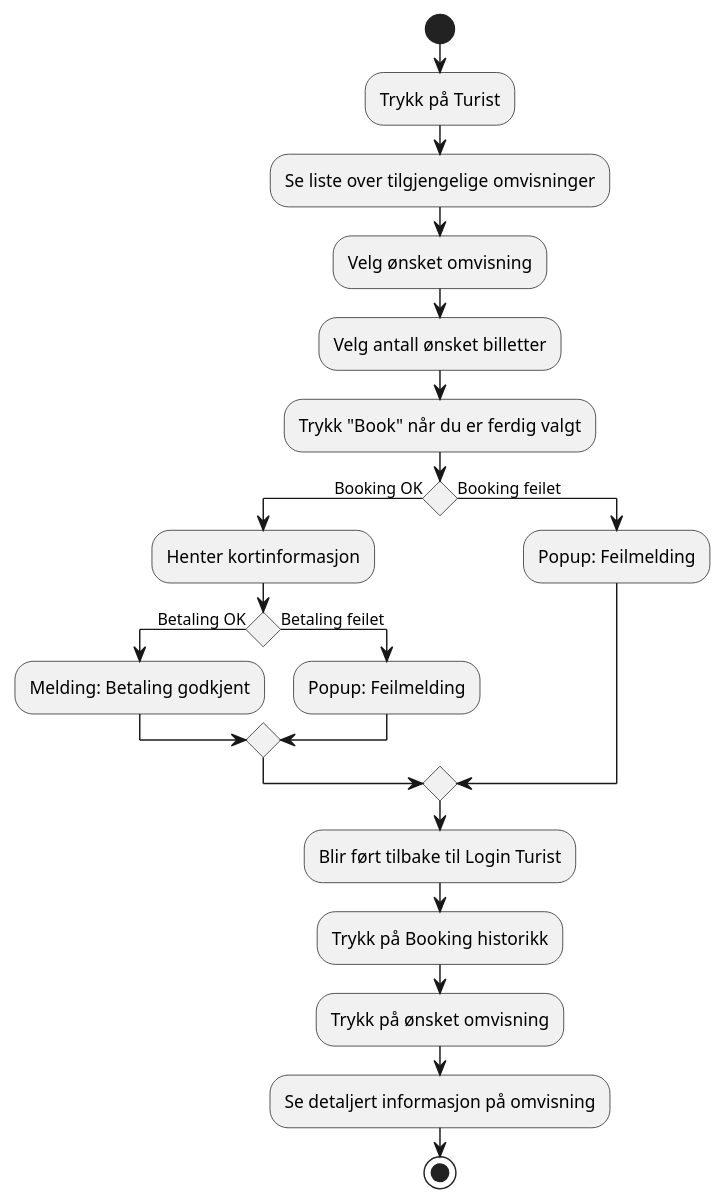
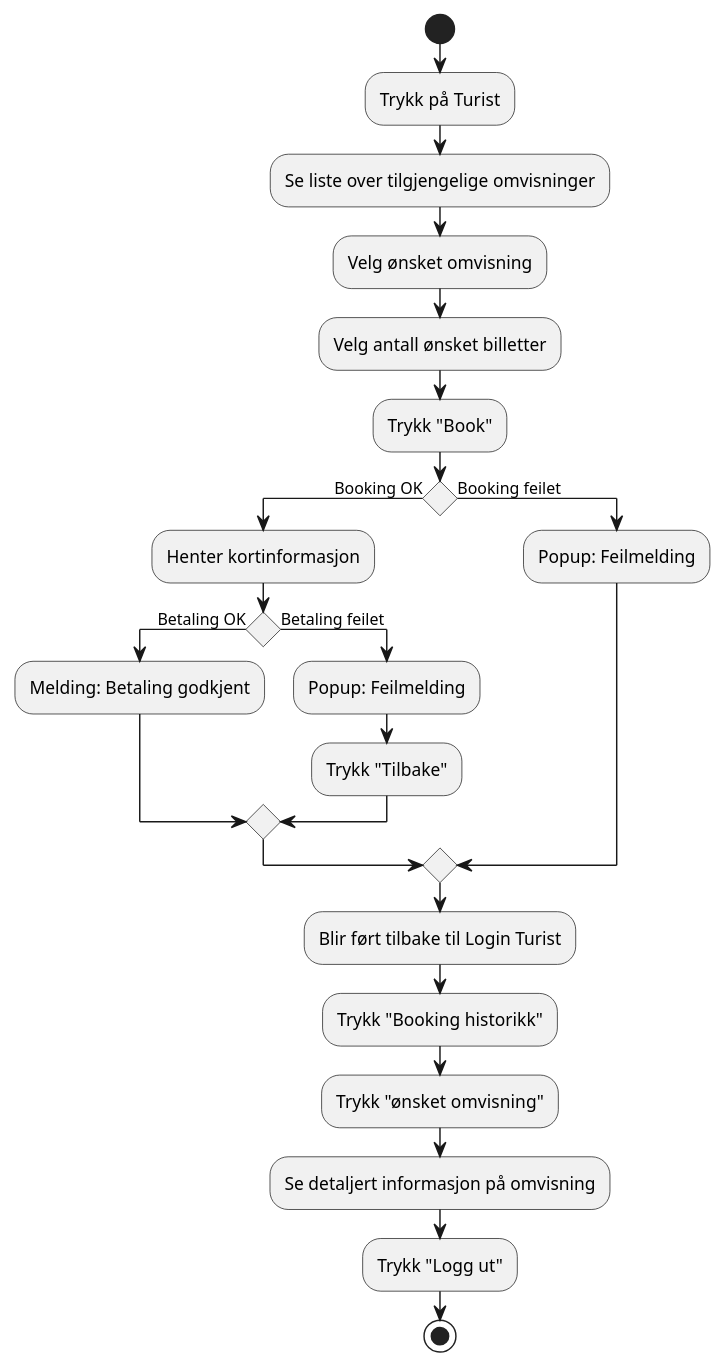
The diagram in models/ActivityDiagram/Tourist.puml (WaalerThomas/ITF20319_Gruppe13), drawn with PlantUML before and after one commit. The commit also changed 2 other files, not shown here.

Commit message:
Fix: Did some small changes on activity diagram

```diff
--- a/models/ActivityDiagram/Tourist.puml
+++ b/models/ActivityDiagram/Tourist.puml
@@ -1,25 +1,27 @@
 @startuml
 'https://plantuml.com/activity-diagram-beta
 
 start
 :Trykk på Turist;
 :Se liste over tilgjengelige omvisninger;
 :Velg ønsket omvisning;
 :Velg antall ønsket billetter;
-:Trykk "Book" når du er ferdig valgt;
+:Trykk "Book";
 if () is (Booking OK) then
   :Henter kortinformasjon;
   if () is (Betaling OK) then
     :Melding: Betaling godkjent;
   else (Betaling feilet)
     :Popup: Feilmelding;
+    :Trykk "Tilbake";
   endif
 else (Booking feilet)
   :Popup: Feilmelding;
 endif
 :Blir ført tilbake til Login Turist;
-:Trykk på Booking historikk;
-:Trykk på ønsket omvisning;
+:Trykk "Booking historikk";
+:Trykk "ønsket omvisning";
 :Se detaljert informasjon på omvisning;
+:Trykk "Logg ut";
 stop
 @enduml
```
